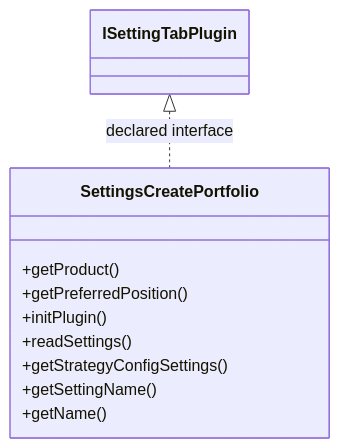
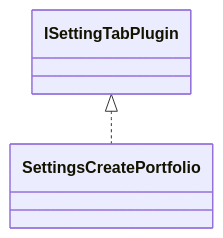
Before and after one commit to haruperi/HaruQuantAI: the diagram in docs/sqx/Shared/SettingsCreatePortfolio.md, drawn with Mermaid. The commit also changed other lines of this file and 1688 other files, not shown here.

````diff
--- a/docs/sqx/Shared/SettingsCreatePortfolio.md
+++ b/docs/sqx/Shared/SettingsCreatePortfolio.md
@@ -30,14 +26,6 @@
 ```mermaid
 classDiagram
-    class C5c12334e83d4["SettingsCreatePortfolio"] {
-        +getProduct()
-        +getPreferredPosition()
-        +initPlugin()
-        +readSettings()
-        +getStrategyConfigSettings()
-        +getSettingName()
-        +getName()
-    }
-    class C27734eb41505["ISettingTabPlugin"]
-    C27734eb41505 <|.. C5c12334e83d4 : declared interface
+    class C0["SettingsCreatePortfolio"]
+    class E0["ISettingTabPlugin"]
+    E0 <|.. C0
 ```
````
